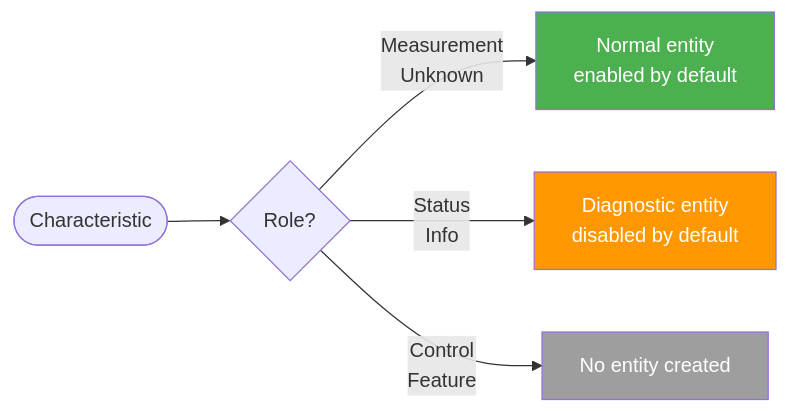
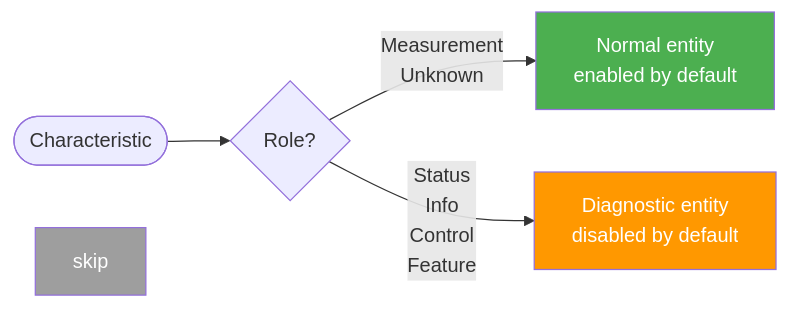
One commit to RonanB96/ha-bluetooth-sig changed the diagram in docs/explanation/roles.md. Above: the diagram before and after it, drawn with Mermaid. The commit also changed other lines of this file and 14 other files, not shown here.

````diff
--- a/docs/explanation/roles.md
+++ b/docs/explanation/roles.md
@@ -32,11 +32,10 @@
 ```mermaid
 flowchart LR
   char(["Characteristic"]) --> role{"Role?"}
   role -->|Measurement<br>Unknown| vis["Normal entity<br>enabled by default"]
-  role -->|Status<br>Info| diag["Diagnostic entity<br>disabled by default"]
-  role -->|Control<br>Feature| skip["No entity created"]
+  role -->|Status<br>Info<br>Control<br>Feature| diag["Diagnostic entity<br>disabled by default"]
 
   style vis fill:#4caf50,color:#fff
   style diag fill:#ff9800,color:#fff
   style skip fill:#9e9e9e,color:#fff
 ```
````
